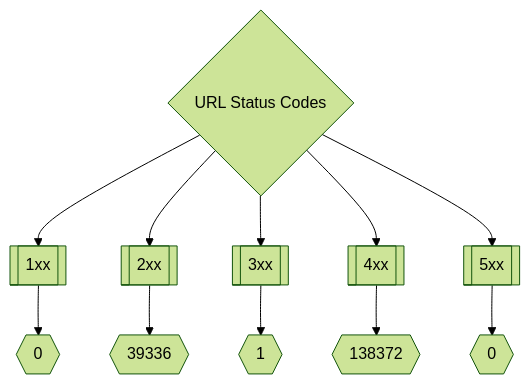
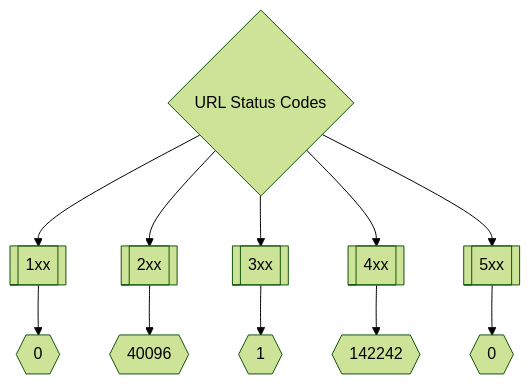
The second of 3 diagrams in README.md (trickest/inventory), drawn with Mermaid (forest theme) before and after one commit. The commit also changed other lines of this file and 284 other files, not shown here.

````diff
--- a/README.md
+++ b/README.md
@@ -173,8 +173,8 @@
 ```mermaid
 graph TD
 title{URL Status Codes} --> 1xx[[1xx]] --> status1xxNum{{0}}
-title --> 2xx[[2xx]] --> status2xxNum{{39336}}
+title --> 2xx[[2xx]] --> status2xxNum{{40096}}
 title --> 3xx[[3xx]] --> status3xxNum{{1}}
-title --> 4xx[[4xx]] --> status4xxNum{{138372}}
+title --> 4xx[[4xx]] --> status4xxNum{{142242}}
 title --> 5xx[[5xx]] --> status5xxNum{{0}}
 ```
````
